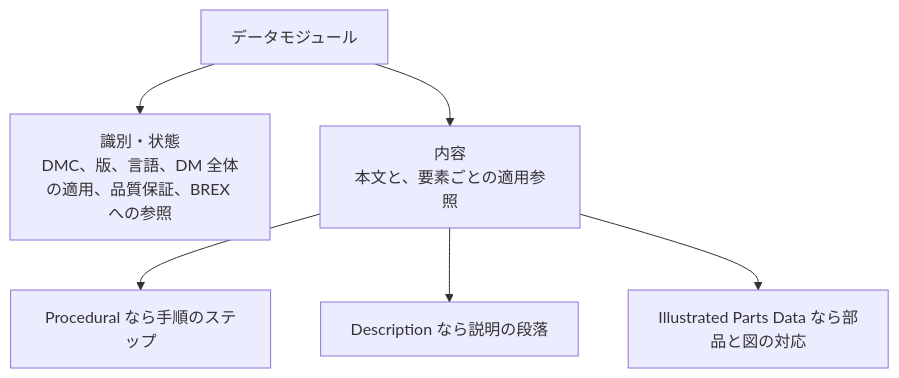
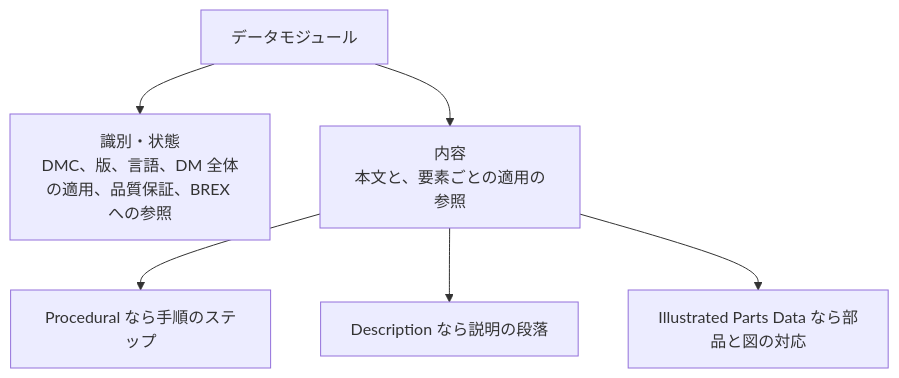
Before and after one commit to shuji-bonji/zenn-articles: the first of 2 diagrams in books/ietm-overview/data-modules.md, drawn with Mermaid. The commit also changed other lines of this file, not shown here.

````diff
--- a/books/ietm-overview/data-modules.md
+++ b/books/ietm-overview/data-modules.md
@@ -49,11 +59,11 @@
 ```mermaid
 flowchart TB
   DM["データモジュール"]
   ID["識別・状態<br/>DMC、版、言語、DM 全体の適用、品質保証、BREX への参照"]
-  CT["内容<br/>本文と、要素ごとの適用参照"]
+  CT["内容<br/>本文と、要素ごとの適用の参照"]
   DM --> ID
   DM --> CT
   CT --> P["Procedural なら手順のステップ"]
   CT --> D["Description なら説明の段落"]
   CT --> I["Illustrated Parts Data なら部品と図の対応"]
 ```
````
